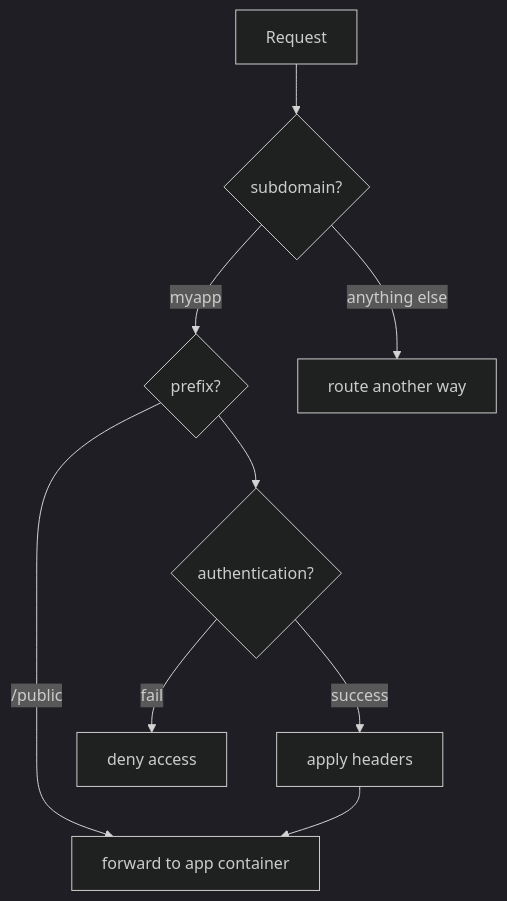
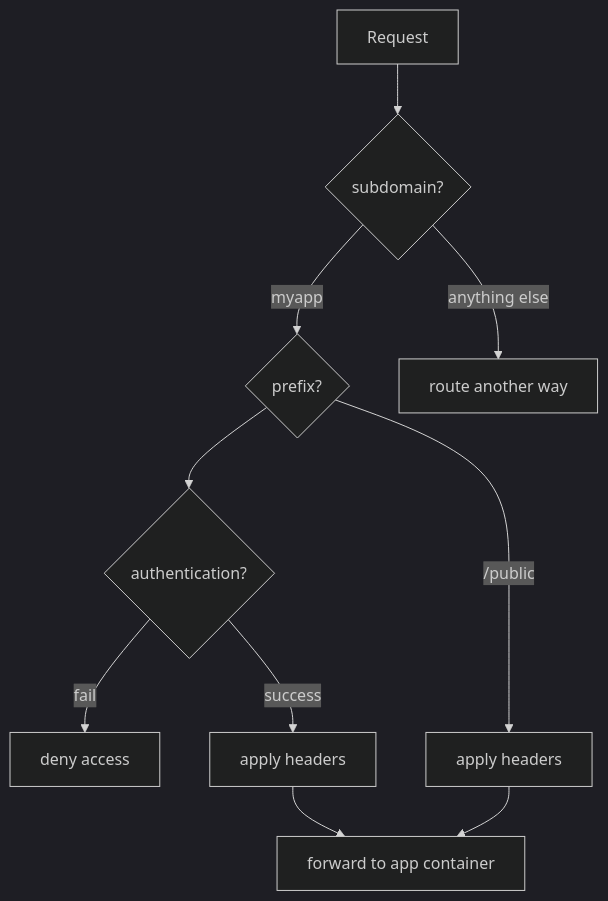
One commit to FreeshardBase/documentation changed the diagram in docs/routing_and_ac.md. Above: the diagram before and after it, drawn with Mermaid (dark theme). The commit also changed other lines of this file and 1 other file, not shown here.

````diff
--- a/docs/routing_and_ac.md
+++ b/docs/routing_and_ac.md
@@ -69,11 +70,12 @@
 ```mermaid
 graph TD
   Request --> sub{subdomain?};
   sub -->|myapp| pre{prefix?};
   sub -->|anything else| away[route another way];
   pre -->|<default>| auth{authentication?};
-  auth -->|success| head[apply headers];
   auth -->|fail| deny[deny access];
-  pre -->|/public| forward[forward to app container];
-  head --> forward
+  auth -->|success| head_auth[apply headers];
+  pre -->|/public| head_pub[apply headers]; 
+  head_pub --> forward[forward to app container];
+  head_auth --> forward
 ```
````
